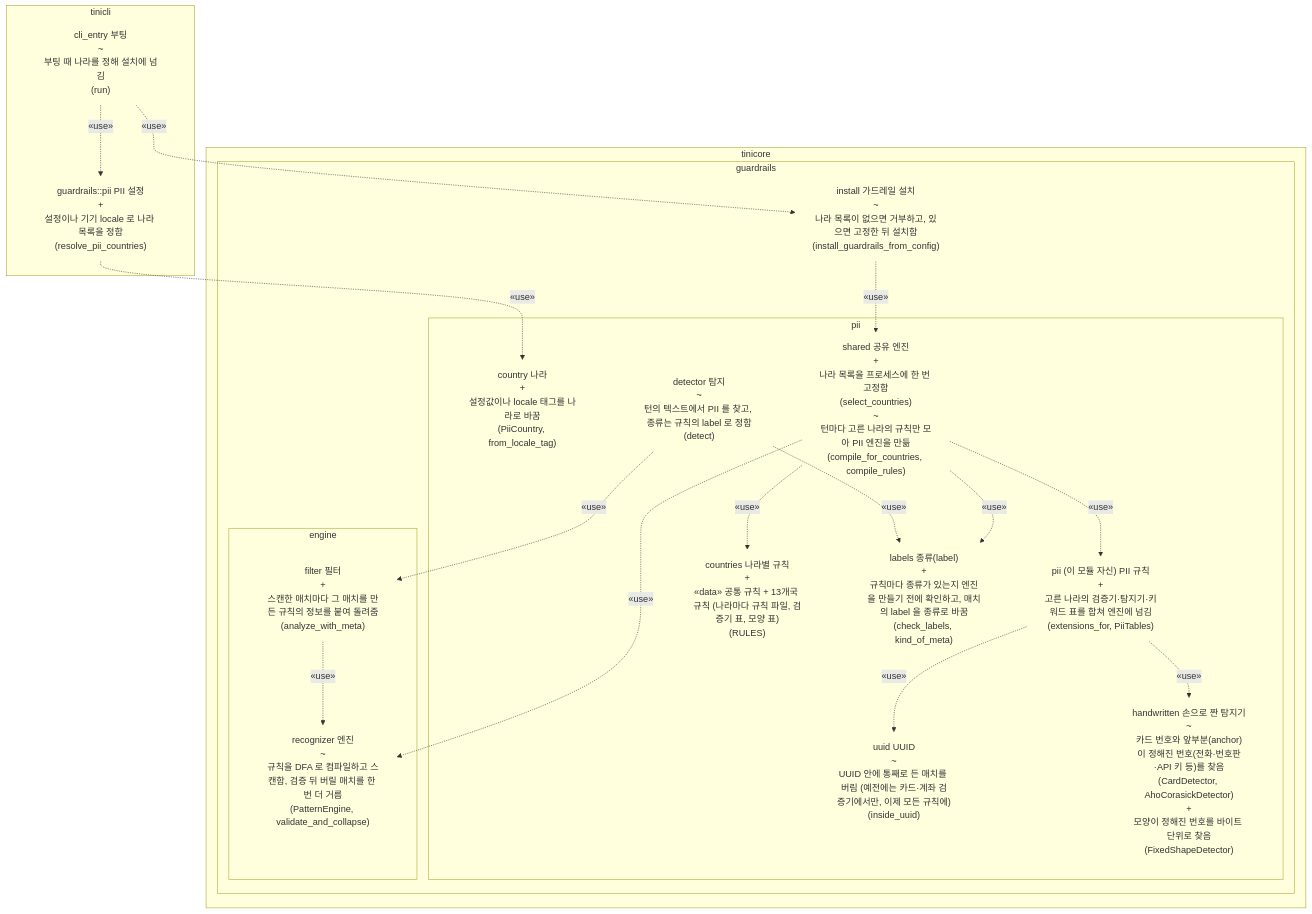
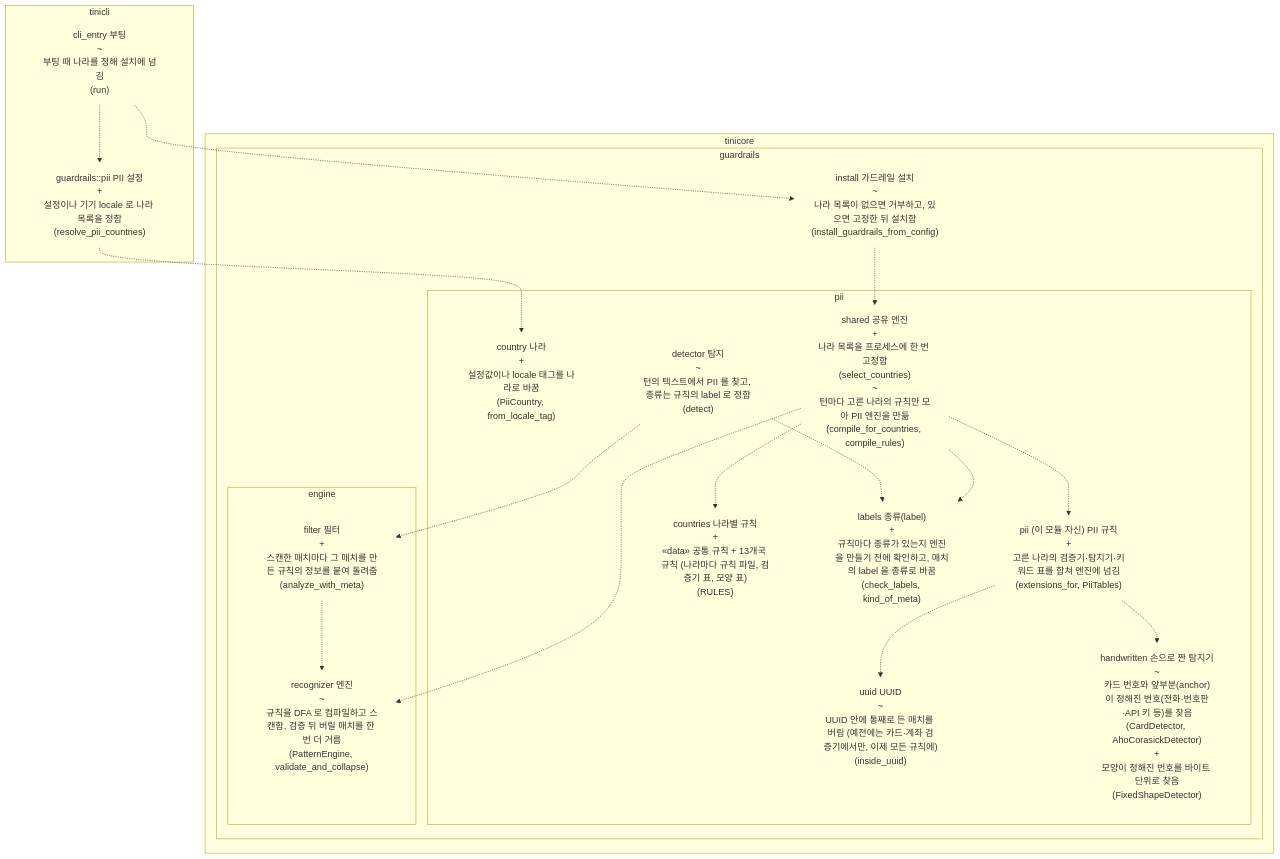
The diagram in reports/20261029-ARGO-multilingual-pii/fig2-after.mmd (sbc10620/shared), drawn with Mermaid before and after one commit. The commit also changed 6 other files, not shown here.

```diff
--- a/reports/20261029-ARGO-multilingual-pii/fig2-after.mmd
+++ b/reports/20261029-ARGO-multilingual-pii/fig2-after.mmd
@@ -1,39 +1,39 @@
 flowchart TB
   subgraph m_tinicli["<span class='modname'>tinicli</span>"]
     p_entry["<div class='pk '><div class='tab'>cli_entry <span class='note'>부팅</span></div><div class='body'><div class='it changed'><span class='mk'>~</span><div><div class='role'>부팅 때 나라를 정해 설치에 넘김</div><div class='fn'>(run)</div></div></div></div></div>"]
     p_clipii["<div class='pk '><div class='tab'>guardrails::pii <span class='note'>PII 설정</span></div><div class='body'><div class='it new'><span class='mk'>+</span><div><div class='role'>설정이나 기기 locale 로 나라 목록을 정함</div><div class='fn'>(resolve_pii_countries)</div></div></div></div></div>"]
   end
   subgraph m_tinicore["<span class='modname'>tinicore</span>"]
     subgraph m_tinicore__guardrails["<span class='modname'>guardrails</span>"]
       p_inst["<div class='pk '><div class='tab'>install <span class='note'>가드레일 설치</span></div><div class='body'><div class='it changed'><span class='mk'>~</span><div><div class='role'>나라 목록이 없으면 거부하고, 있으면 고정한 뒤 설치함</div><div class='fn'>(install_guardrails_from_config)</div></div></div></div></div>"]
       subgraph m_tinicore__guardrails__pii["<span class='modname'>pii</span>"]
         p_pii["<div class='pk '><div class='tab'>pii <span class='st'>(이 모듈 자신)</span> <span class='note'>PII 규칙</span></div><div class='body'><div class='it new'><span class='mk'>+</span><div><div class='role'>고른 나라의 검증기·탐지기·키워드 표를 합쳐 엔진에 넘김</div><div class='fn'>(extensions_for, PiiTables)</div></div></div></div></div>"]
         p_country["<div class='pk new'><div class='tab'>country <span class='note'>나라</span></div><div class='body'><div class='it new'><span class='mk'>+</span><div><div class='role'>설정값이나 locale 태그를 나라로 바꿈</div><div class='fn'>(PiiCountry, from_locale_tag)</div></div></div></div></div>"]
         p_rules["<div class='pk new'><div class='tab'>countries <span class='note'>나라별 규칙</span></div><div class='body'><div class='it new'><span class='mk'>+</span><div><div class='role'><span class='st'>«data»</span> 공통 규칙 + 13개국 규칙 (나라마다 규칙 파일, 검증기 표, 모양 표)</div><div class='fn'>(RULES)</div></div></div></div></div>"]
         p_shared["<div class='pk '><div class='tab'>shared <span class='note'>공유 엔진</span></div><div class='body'><div class='it new'><span class='mk'>+</span><div><div class='role'>나라 목록을 프로세스에 한 번 고정함</div><div class='fn'>(select_countries)</div></div></div><div class='it changed'><span class='mk'>~</span><div><div class='role'>턴마다 고른 나라의 규칙만 모아 PII 엔진을 만듦</div><div class='fn'>(compile_for_countries, compile_rules)</div></div></div></div></div>"]
         p_labels["<div class='pk new'><div class='tab'>labels <span class='note'>종류(label)</span></div><div class='body'><div class='it new'><span class='mk'>+</span><div><div class='role'>규칙마다 종류가 있는지 엔진을 만들기 전에 확인하고, 매치의 label 을 종류로 바꿈</div><div class='fn'>(check_labels, kind_of_meta)</div></div></div></div></div>"]
         p_uuid["<div class='pk new'><div class='tab'>uuid <span class='note'>UUID</span></div><div class='body'><div class='it changed'><span class='mk'>~</span><div><div class='role'>UUID 안에 통째로 든 매치를 버림 (예전에는 카드·계좌 검증기에서만, 이제 모든 규칙에)</div><div class='fn'>(inside_uuid)</div></div></div></div></div>"]
         p_hw["<div class='pk '><div class='tab'>handwritten <span class='note'>손으로 짠 탐지기</span></div><div class='body'><div class='it changed'><span class='mk'>~</span><div><div class='role'>카드 번호와 앞부분(anchor)이 정해진 번호(전화·번호판·API 키 등)를 찾음</div><div class='fn'>(CardDetector, AhoCorasickDetector)</div></div></div><div class='it new'><span class='mk'>+</span><div><div class='role'>모양이 정해진 번호를 바이트 단위로 찾음</div><div class='fn'>(FixedShapeDetector)</div></div></div></div></div>"]
         p_det["<div class='pk '><div class='tab'>detector <span class='note'>탐지</span></div><div class='body'><div class='it changed'><span class='mk'>~</span><div><div class='role'>턴의 텍스트에서 PII 를 찾고, 종류는 규칙의 label 로 정함</div><div class='fn'>(detect)</div></div></div></div></div>"]
       end
       subgraph m_tinicore__guardrails__engine["<span class='modname'>engine</span>"]
         p_filter["<div class='pk '><div class='tab'>filter <span class='note'>필터</span></div><div class='body'><div class='it new'><span class='mk'>+</span><div><div class='role'>스캔한 매치마다 그 매치를 만든 규칙의 정보를 붙여 돌려줌</div><div class='fn'>(analyze_with_meta)</div></div></div></div></div>"]
         p_rec["<div class='pk '><div class='tab'>recognizer <span class='note'>엔진</span></div><div class='body'><div class='it changed'><span class='mk'>~</span><div><div class='role'>규칙을 DFA 로 컴파일하고 스캔함, 검증 뒤 버릴 매치를 한 번 더 거름</div><div class='fn'>(PatternEngine, validate_and_collapse)</div></div></div></div></div>"]
       end
     end
   end
-  p_entry -. "«use»" .-> p_clipii
-  p_entry -. "«use»" .-> p_inst
-  p_clipii -. "«use»" .-> p_country
-  p_inst -. "«use»" .-> p_shared
-  p_shared -. "«use»" .-> p_rules
-  p_shared -. "«use»" .-> p_pii
-  p_shared -. "«use»" .-> p_labels
-  p_pii -. "«use»" .-> p_hw
-  p_pii -. "«use»" .-> p_uuid
-  p_shared -. "«use»" .-> p_rec
-  p_det -. "«use»" .-> p_labels
-  p_det -. "«use»" .-> p_filter
-  p_filter -. "«use»" .-> p_rec
+  p_entry -.-> p_clipii
+  p_entry -.-> p_inst
+  p_clipii -.-> p_country
+  p_inst -.-> p_shared
+  p_shared -.-> p_rules
+  p_shared -.-> p_pii
+  p_shared -.-> p_labels
+  p_pii -.-> p_hw
+  p_pii -.-> p_uuid
+  p_shared -.-> p_rec
+  p_det -.-> p_labels
+  p_det -.-> p_filter
+  p_filter -.-> p_rec
   classDef pkg fill:none,stroke:none
   class p_entry,p_clipii,p_inst,p_pii,p_country,p_rules,p_shared,p_labels,p_uuid,p_hw,p_det,p_filter,p_rec pkg
```
